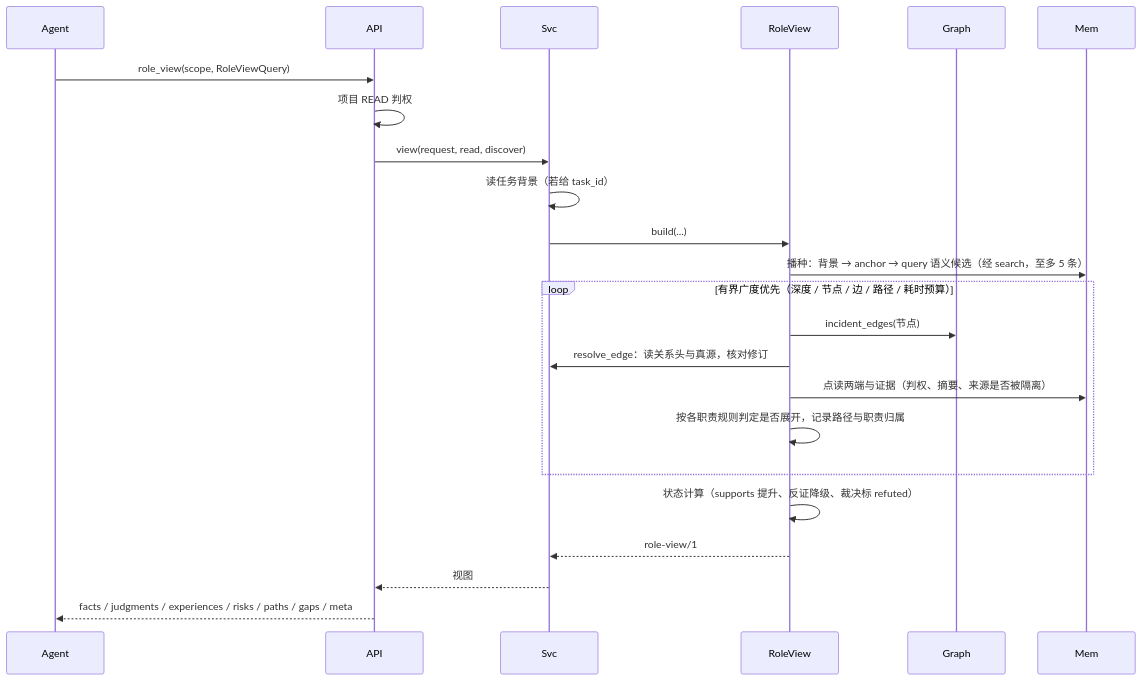
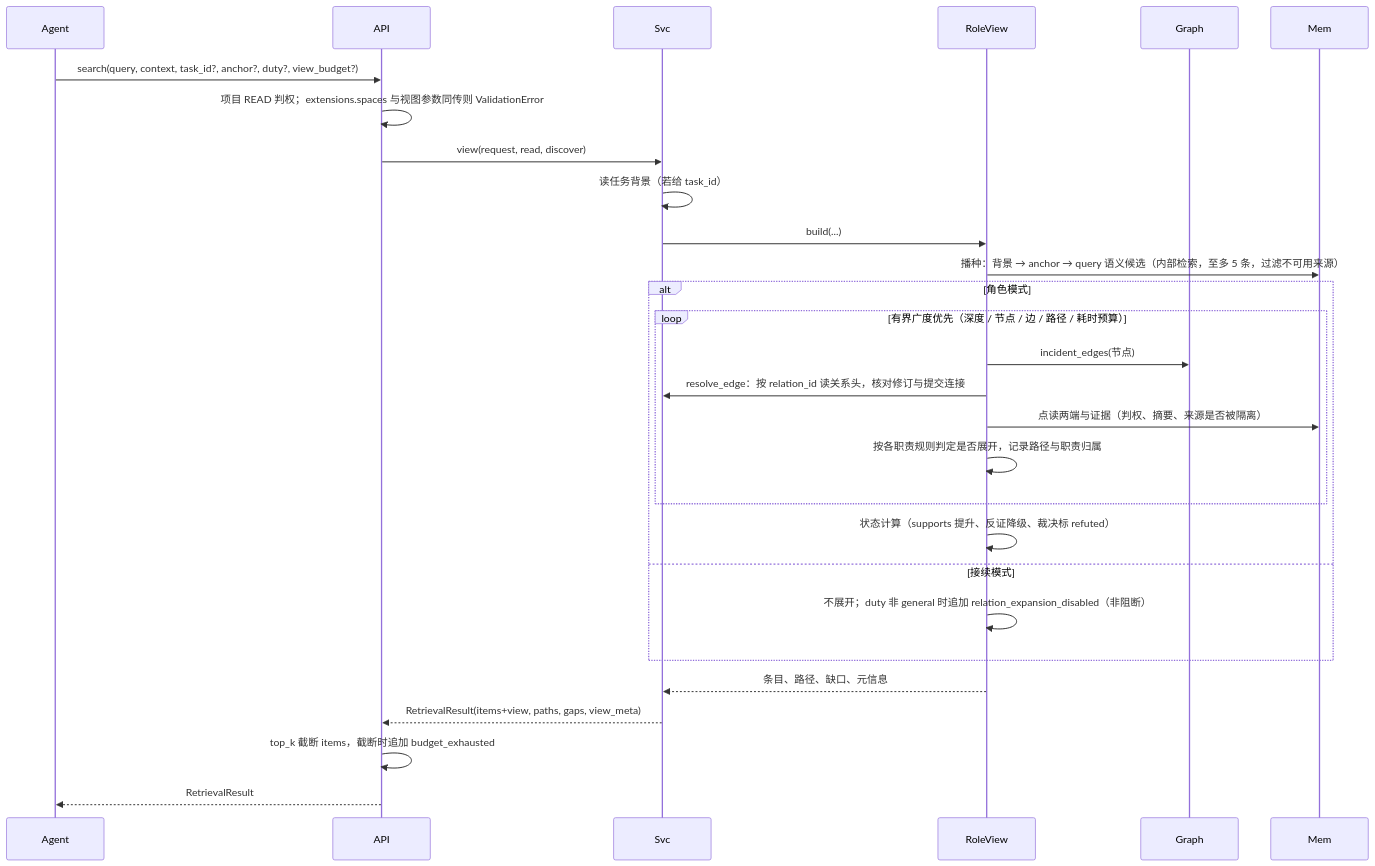
The sixth of 8 diagrams in docs/features/construction/F10-role-memory.md (openJiuwen-ai/agent-memory), drawn with Mermaid before and after one commit. The commit also changed other lines of this file and 95 other files, not shown here.

````diff
--- a/docs/features/construction/F10-role-memory.md
+++ b/docs/features/construction/F10-role-memory.md
@@ -1069,25 +1180,30 @@
 ```mermaid
 sequenceDiagram
     participant A as Agent
     participant API
     participant Svc
     participant V as RoleView
     participant G as Graph
     participant Mem
-    A->>API: role_view(scope, RoleViewQuery)
-    API->>API: 项目 READ 判权
+    A->>API: search(query, context, task_id?, anchor?, duty?, view_budget?)
+    API->>API: 项目 READ 判权；extensions.spaces 与视图参数同传则 ValidationError
     API->>Svc: view(request, read, discover)
     Svc->>Svc: 读任务背景（若给 task_id）
     Svc->>V: build(...)
-    V->>Mem: 播种：背景 → anchor → query 语义候选（经 search，至多 5 条）
-    loop 有界广度优先（深度 / 节点 / 边 / 路径 / 耗时预算）
-        V->>G: incident_edges(节点)
-        V->>Svc: resolve_edge：读关系头与真源，核对修订
-        V->>Mem: 点读两端与证据（判权、摘要、来源是否被隔离）
-        V->>V: 按各职责规则判定是否展开，记录路径与职责归属
+    V->>Mem: 播种：背景 → anchor → query 语义候选（内部检索，至多 5 条，过滤不可用来源）
+    alt 角色模式
+        loop 有界广度优先（深度 / 节点 / 边 / 路径 / 耗时预算）
+            V->>G: incident_edges(节点)
+            V->>Svc: resolve_edge：按 relation_id 读关系头，核对修订与提交连接
+            V->>Mem: 点读两端与证据（判权、摘要、来源是否被隔离）
+            V->>V: 按各职责规则判定是否展开，记录路径与职责归属
+        end
+        V->>V: 状态计算（supports 提升、反证降级、裁决标 refuted）
+    else 接续模式
+        V->>V: 不展开；duty 非 general 时追加 relation_expansion_disabled（非阻断）
     end
-    V->>V: 状态计算（supports 提升、反证降级、裁决标 refuted）
-    V-->>Svc: role-view/1
-    Svc-->>API: 视图
-    API-->>A: facts / judgments / experiences / risks / paths / gaps / meta
+    V-->>Svc: 条目、路径、缺口、元信息
+    Svc-->>API: RetrievalResult(items+view, paths, gaps, view_meta)
+    API->>API: top_k 截断 items，截断时追加 budget_exhausted
+    API-->>A: RetrievalResult
 ```
````
